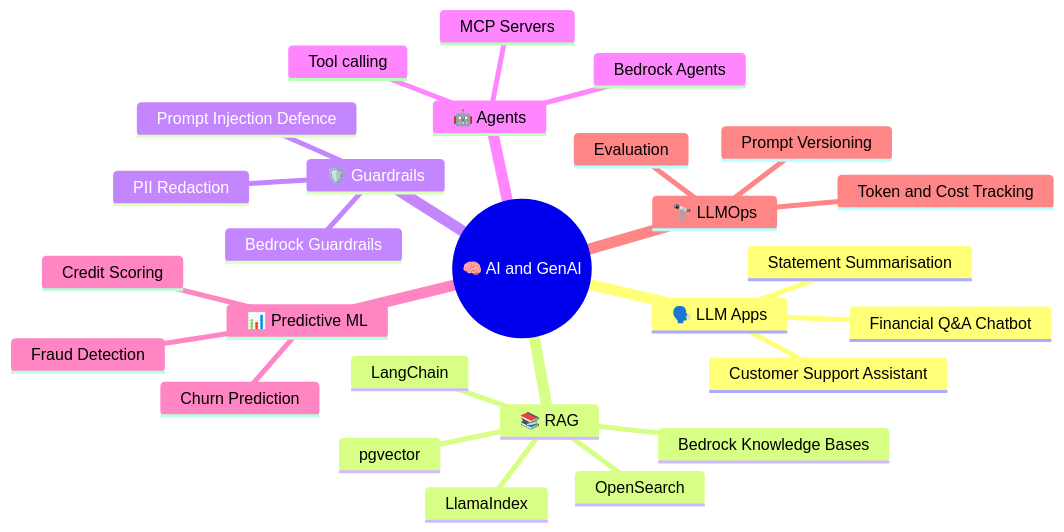
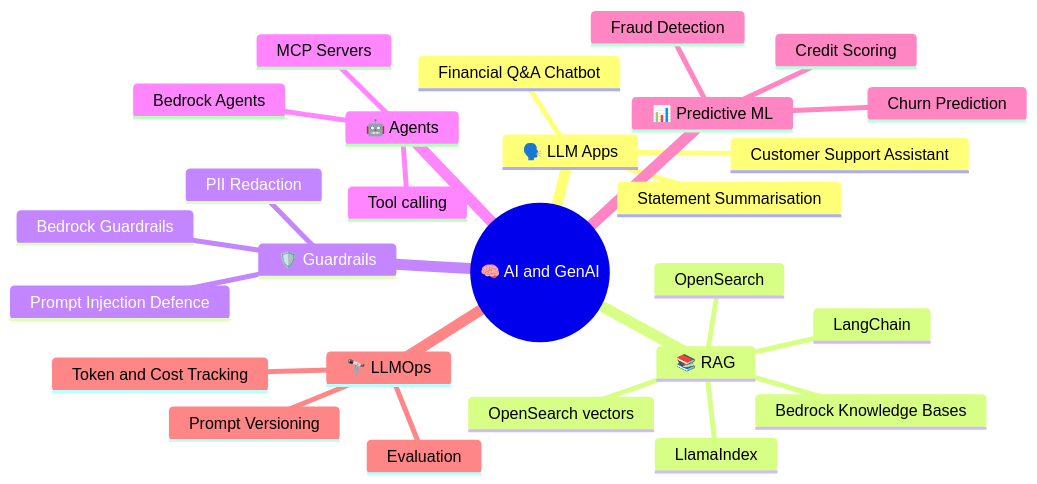
One commit to muntaha747/FinTech-Enterprise-Project changed diagram 16 of 31 in README.md. Above: the diagram before and after it, drawn with Mermaid. The commit also changed other lines of this file and 4 other files, not shown here.

First line of the commit message:
README: project overview, infrastructure layers and regional architecture diagrams [skip ci]

````diff
--- a/README.md
+++ b/README.md
@@ -566,30 +712,30 @@
 ```mermaid
 mindmap
   root((🧠 AI and GenAI))
     🗣️ LLM Apps
       Customer Support Assistant
       Financial Q&A Chatbot
       Statement Summarisation
     📚 RAG
       Bedrock Knowledge Bases
       LangChain
       LlamaIndex
-      pgvector
+      OpenSearch vectors
       OpenSearch
     🛡️ Guardrails
       Bedrock Guardrails
       PII Redaction
       Prompt Injection Defence
     🤖 Agents
       Bedrock Agents
       MCP Servers
       Tool calling
     📊 Predictive ML
       Fraud Detection
       Credit Scoring
       Churn Prediction
     🔭 LLMOps
       Prompt Versioning
       Evaluation
       Token and Cost Tracking
 ```
````
